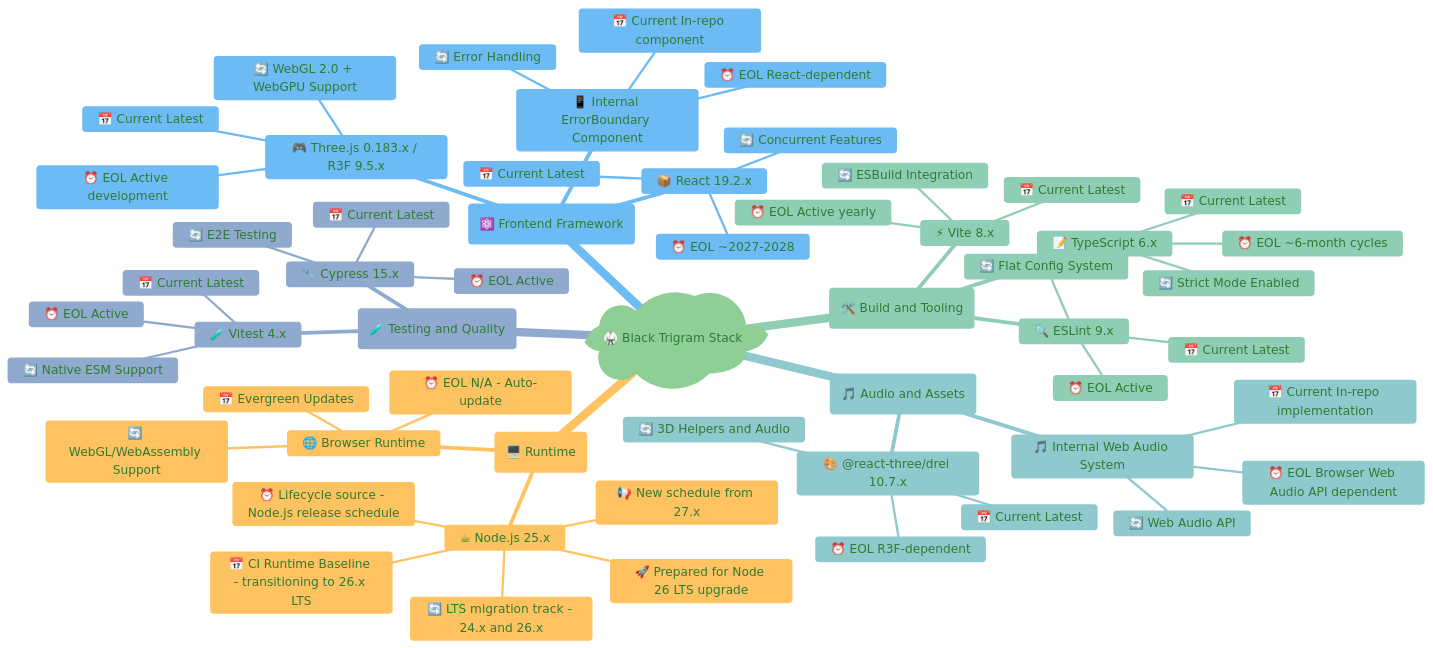
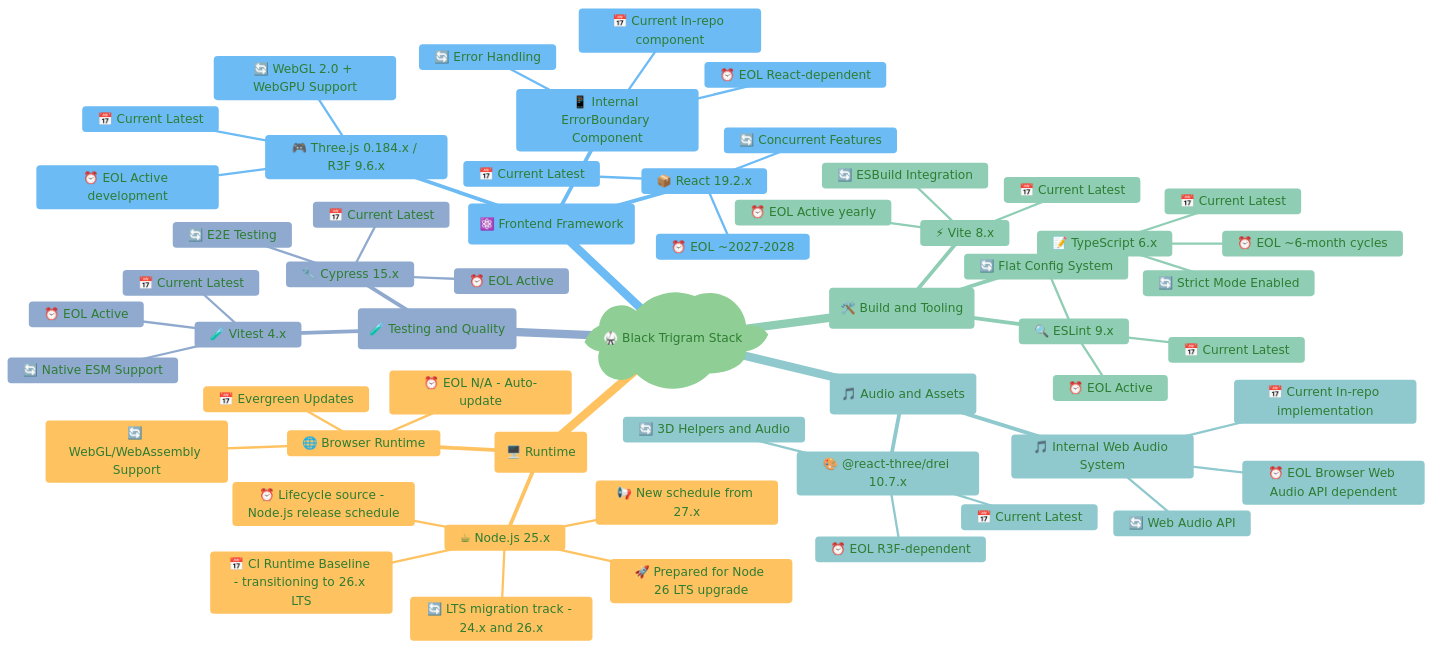
Before and after one commit to Hack23/blacktrigram: the first of 8 diagrams in End-of-Life-Strategy.md, drawn with Mermaid. The commit also changed other lines of this file and 12 other files, not shown here.

````diff
--- a/End-of-Life-Strategy.md
+++ b/End-of-Life-Strategy.md
@@ -51,71 +51,71 @@
 ```mermaid
 %%{
   init: {
     'theme': 'base',
     'themeVariables': {
       'primaryColor': '#e8f5e9',
       'primaryTextColor': '#2e7d32',
       'lineColor': '#4caf50',
       'secondaryColor': '#fff3e0',
       'tertiaryColor': '#e3f2fd'
     }
   }
 }%%
 mindmap
   root)🥋 Black Trigram Stack(
     (🖥️ Runtime)
       ☕ Node.js 25.x
         📅 CI Runtime Baseline - transitioning to 26.x LTS
         ⏰ Lifecycle source - Node.js release schedule
         🔄 LTS migration track - 24.x and 26.x
         📢 New schedule from 27.x
         🚀 Prepared for Node 26 LTS upgrade
       🌐 Browser Runtime
         📅 Evergreen Updates
         ⏰ EOL N/A - Auto-update
         🔄 WebGL/WebAssembly Support
     (⚛️ Frontend Framework)
       📦 React 19.2.x
         📅 Current Latest
         ⏰ EOL ~2027-2028
         🔄 Concurrent Features
-      🎮 Three.js 0.183.x / R3F 9.5.x
+      🎮 Three.js 0.184.x / R3F 9.6.x
         📅 Current Latest
         ⏰ EOL Active development
         🔄 WebGL 2.0 + WebGPU Support
       📱 Internal ErrorBoundary Component
         📅 Current In-repo component
         ⏰ EOL React-dependent
         🔄 Error Handling
     (🛠️ Build and Tooling)
       ⚡ Vite 8.x
         📅 Current Latest
         ⏰ EOL Active yearly
         🔄 ESBuild Integration
       📝 TypeScript 6.x
         📅 Current Latest
         ⏰ EOL ~6-month cycles
         🔄 Strict Mode Enabled
       🔍 ESLint 9.x
         📅 Current Latest
         ⏰ EOL Active
         🔄 Flat Config System
     (🎵 Audio and Assets)
       🎵 Internal Web Audio System
         📅 Current In-repo implementation
         ⏰ EOL Browser Web Audio API dependent
         🔄 Web Audio API
       🎨 @react-three/drei 10.7.x
         📅 Current Latest
         ⏰ EOL R3F-dependent
         🔄 3D Helpers and Audio
     (🧪 Testing and Quality)
       🧪 Vitest 4.x
         📅 Current Latest
         ⏰ EOL Active
         🔄 Native ESM Support
       🔧 Cypress 15.x
         📅 Current Latest
         ⏰ EOL Active
         🔄 E2E Testing
 ```
````
